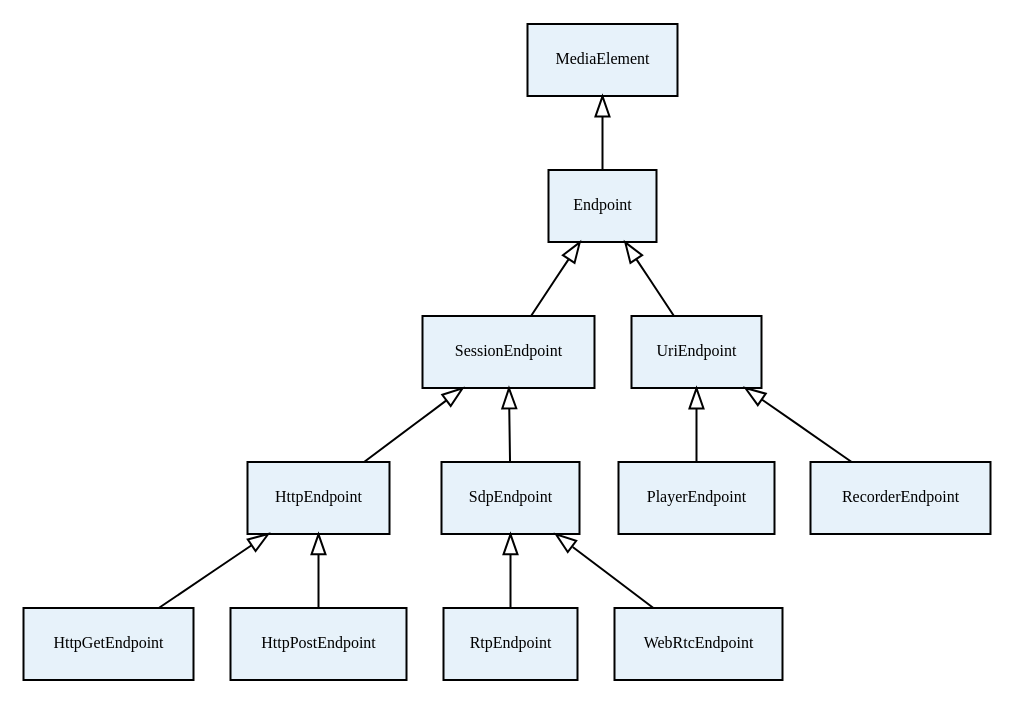
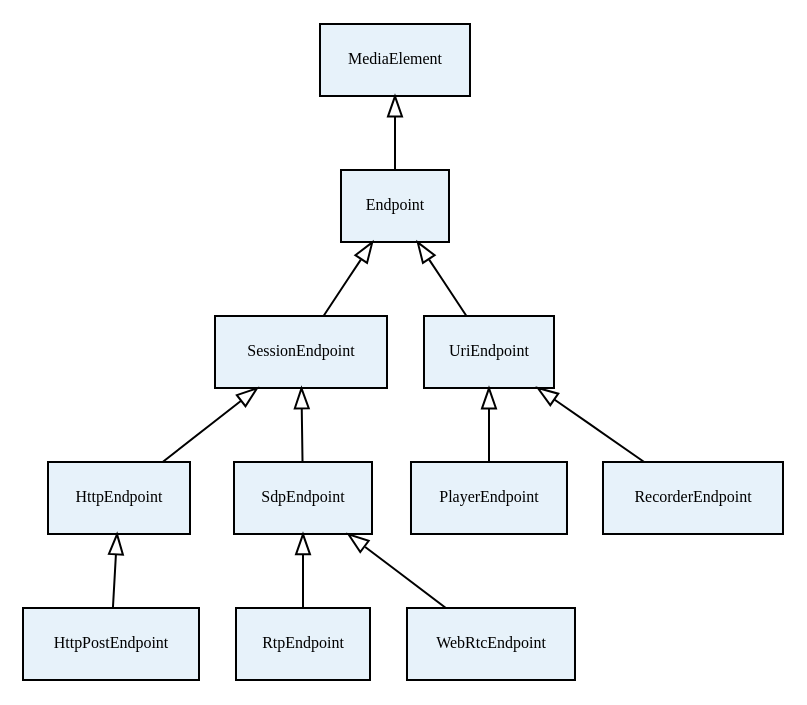
The second of 4 diagrams in source/mastering/kurento_API.rst (Kurento/kurento), drawn with Graphviz before and after one commit. The commit also changed other lines of this file and 3 other files, not shown here.

Commit message:
Removed references to HttpGetEndpoint

```diff
--- a/source/mastering/kurento_API.rst
+++ b/source/mastering/kurento_API.rst
@@ -183,37 +175,36 @@
 .. digraph:: Endpoints
    :caption: Class diagram of Endpoints in Kurento API
 
    size="12,8";
    fontname = "Bitstream Vera Sans"
    fontsize = 8
 
    node [
         fontname = "Bitstream Vera Sans"
         fontsize = 8
         shape = "record"
          style=filled
         fillcolor = "#E7F2FA"
    ]
 
    edge [
         fontname = "Bitstream Vera Sans"
         fontsize = 8
         arrowtail = "empty"
         dir = back;
    ]
 
    "MediaElement" -> "Endpoint";
    Endpoint -> SessionEndpoint;
    Endpoint -> UriEndpoint;
 
    SessionEndpoint -> HttpEndpoint;
    SessionEndpoint -> SdpEndpoint;
 
-   HttpEndpoint -> HttpGetEndpoint;
    HttpEndpoint -> HttpPostEndpoint;
 
    SdpEndpoint -> RtpEndpoint;
    SdpEndpoint -> WebRtcEndpoint;
 
    UriEndpoint -> PlayerEndpoint;
    UriEndpoint -> RecorderEndpoint;
```
